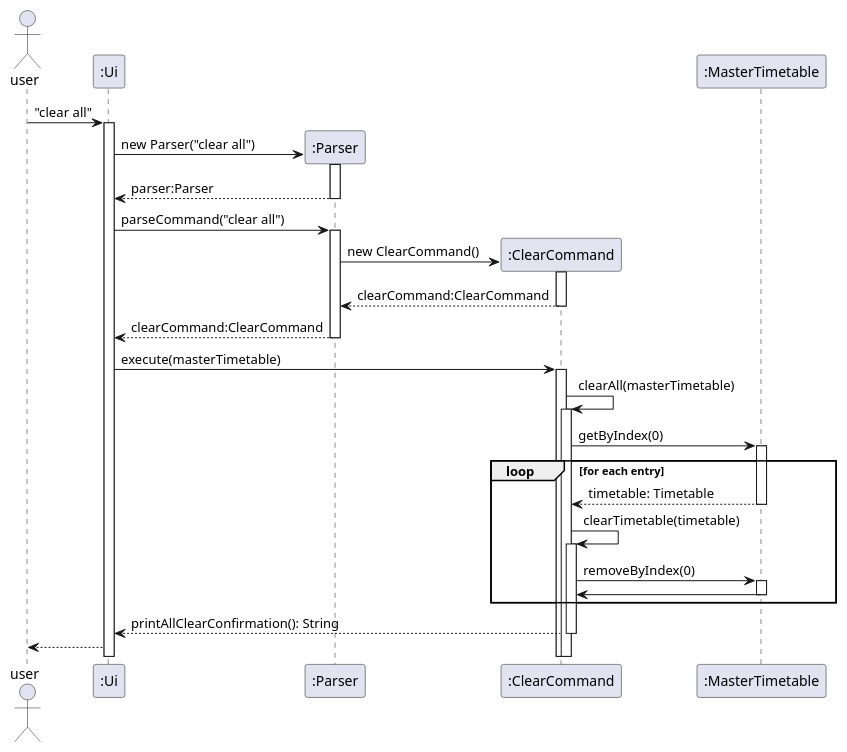
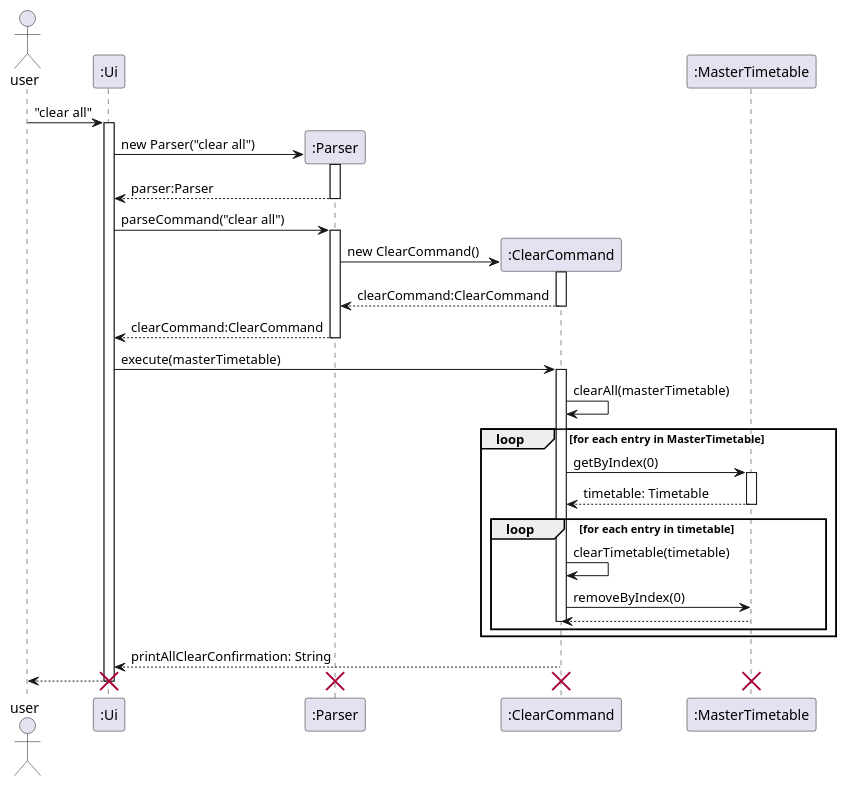
One commit to nus-cs2113-AY2122S2/tp changed the diagram in docs/diagrams/ClearCommandSequenceDiagram.puml. Above: the diagram before and after it, drawn with PlantUML.

Commit message:
Edit sequence diagram for clearcommand

```diff
--- a/docs/diagrams/ClearCommandSequenceDiagram.puml
+++ b/docs/diagrams/ClearCommandSequenceDiagram.puml
@@ -1,25 +1,32 @@
 @startuml
 actor user
 
 user -> ":Ui" ++ : "clear all"
 create ":Parser"
 ":Ui" -> ":Parser" ++: new Parser("clear all")
 ":Parser" --> ":Ui" --: parser:Parser
 ":Ui" -> ":Parser" ++: parseCommand("clear all")
 create ":ClearCommand"
 ":Parser" -> ":ClearCommand" ++: new ClearCommand()
 ":ClearCommand" --> ":Parser" --: clearCommand:ClearCommand
 ":Parser" --> ":Ui" --: clearCommand:ClearCommand
 ":Ui" -> ":ClearCommand" ++: execute(masterTimetable)
-":ClearCommand" -> ":ClearCommand"++: clearAll(masterTimetable)
+":ClearCommand" -> ":ClearCommand": clearAll(masterTimetable)
+loop for each entry in MasterTimetable
 ":ClearCommand" -> ":MasterTimetable" ++: getByIndex(0)
-loop for each entry
 ":MasterTimetable" --> ":ClearCommand" -- : timetable: Timetable
-":ClearCommand" -> ":ClearCommand"++: clearTimetable(timetable)
-":ClearCommand" -> ":MasterTimetable" ++: removeByIndex(0)
-":MasterTimetable" -> ":ClearCommand" --:
+loop for each entry in timetable
+":ClearCommand" -> ":ClearCommand": clearTimetable(timetable)
+":ClearCommand" -> ":MasterTimetable" : removeByIndex(0)
+":MasterTimetable" --> ":ClearCommand" :
+deactivate ":ClearCommand"
+end
 end
 
-":ClearCommand" --> ":Ui" --: printAllClearConfirmation(): String
+":ClearCommand" --> ":Ui" --: printAllClearConfirmation: String
 ":Ui" --> user
+destroy ":ClearCommand"
+destroy ":Parser"
+destroy ":MasterTimetable"
+destroy ":Ui"
 @enduml
```
